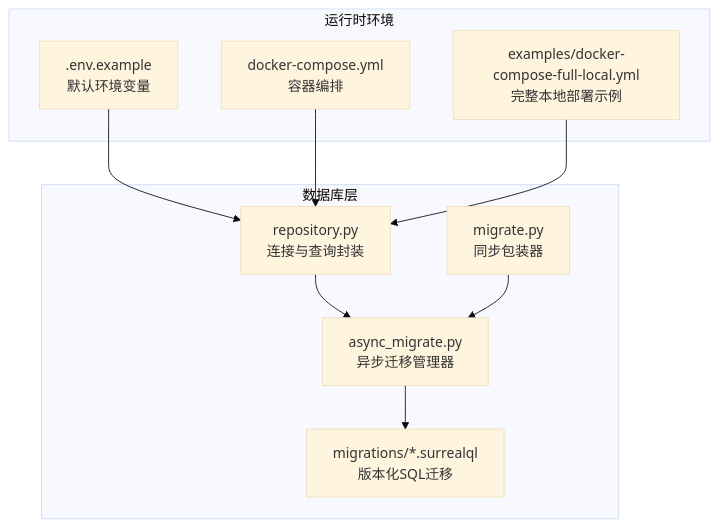
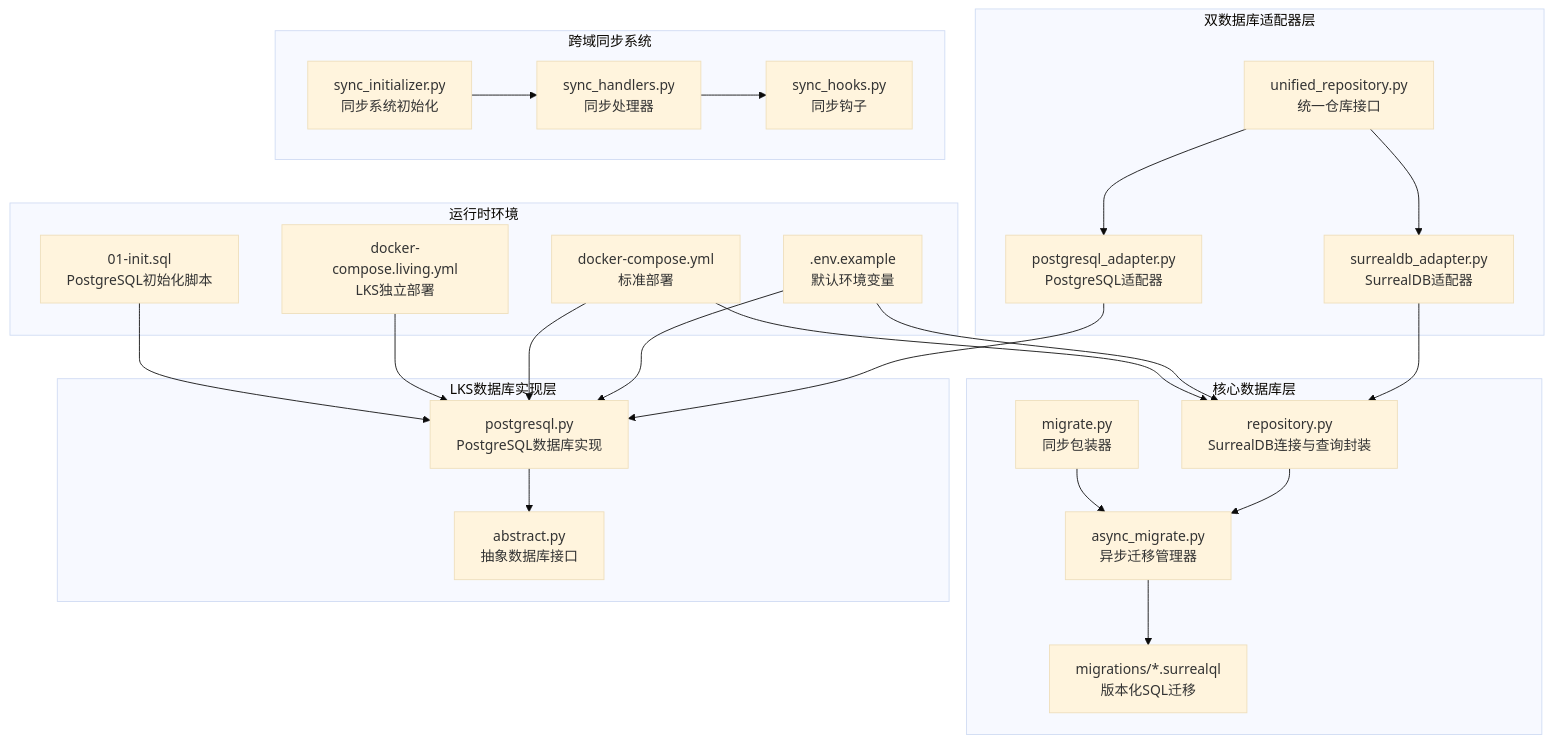
One commit to jackeyunjie/open-notebook changed the first of 10 diagrams in .qoder/repowiki/zh/content/配置管理/数据库配置.md. Above: the diagram before and after it, drawn with Mermaid (base theme). The commit also changed other lines of this file and 51 other files, not shown here.

````diff
--- a/.qoder/repowiki/zh/content/配置管理/数据库配置.md
+++ b/.qoder/repowiki/zh/content/配置管理/数据库配置.md
@@ -41,20 +67,45 @@
 ```mermaid
 graph TB
-subgraph "数据库层"
-Repo["repository.py<br/>连接与查询封装"]
+subgraph "核心数据库层"
+Repo["repository.py<br/>SurrealDB连接与查询封装"]
 MigMgr["async_migrate.py<br/>异步迁移管理器"]
 SyncWrap["migrate.py<br/>同步包装器"]
 Migs["migrations/*.surrealql<br/>版本化SQL迁移"]
 end
+subgraph "双数据库适配器层"
+SurrealAdapter["surrealdb_adapter.py<br/>SurrealDB适配器"]
+PostgresAdapter["postgresql_adapter.py<br/>PostgreSQL适配器"]
+UnifiedRepo["unified_repository.py<br/>统一仓库接口"]
+end
+subgraph "LKS数据库实现层"
+PostgresDB["postgresql.py<br/>PostgreSQL数据库实现"]
+AbstractDB["abstract.py<br/>抽象数据库接口"]
+end
+subgraph "跨域同步系统"
+SyncHandlers["sync_handlers.py<br/>同步处理器"]
+SyncHooks["sync_hooks.py<br/>同步钩子"]
+SyncInitializer["sync_initializer.py<br/>同步系统初始化"]
+end
 subgraph "运行时环境"
 Env[".env.example<br/>默认环境变量"]
-DC["docker-compose.yml<br/>容器编排"]
-DCFull["examples/docker-compose-full-local.yml<br/>完整本地部署示例"]
+DC["docker-compose.yml<br/>标准部署"]
+DCLiving["docker-compose.living.yml<br/>LKS独立部署"]
+InitSQL["01-init.sql<br/>PostgreSQL初始化脚本"]
 end
 Repo --> MigMgr
 SyncWrap --> MigMgr
 MigMgr --> Migs
+SurrealAdapter --> Repo
+PostgresAdapter --> PostgresDB
+UnifiedRepo --> SurrealAdapter
+UnifiedRepo --> PostgresAdapter
+PostgresDB --> AbstractDB
+SyncHandlers --> SyncHooks
+SyncInitializer --> SyncHandlers
 Env --> Repo
+Env --> PostgresDB
 DC --> Repo
-DCFull --> Repo
+DC --> PostgresDB
+DCLiving --> PostgresDB
+InitSQL --> PostgresDB
 ```
````
